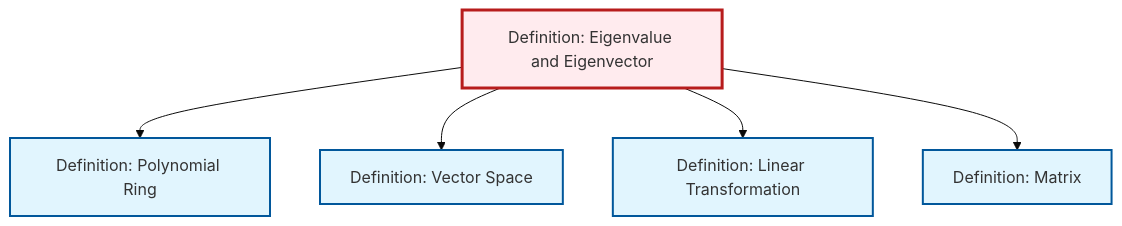
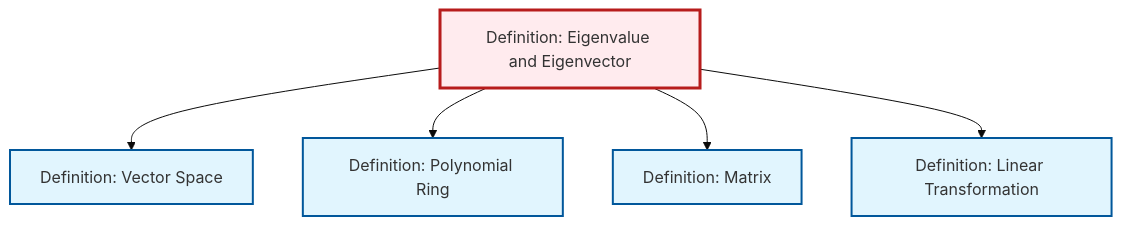
Before and after one commit to RK0429/ModernMath: the diagram in content/en/algebra/def-eigenvalue-eigenvector.qmd, drawn with Mermaid (base theme). The commit also changed other lines of this file and 615 other files, not shown here.

````diff
--- a/content/en/algebra/def-eigenvalue-eigenvector.qmd
+++ b/content/en/algebra/def-eigenvalue-eigenvector.qmd
@@ -73,23 +73,23 @@
 ```{mermaid}
 %%| fig-cap: "Local dependency graph"
 graph TD
     classDef definition fill:#e1f5fe,stroke:#01579b,stroke-width:2px
     classDef theorem fill:#f3e5f5,stroke:#4a148c,stroke-width:2px
     classDef axiom fill:#fff3e0,stroke:#e65100,stroke-width:2px
     classDef example fill:#e8f5e9,stroke:#1b5e20,stroke-width:2px
     classDef current fill:#ffebee,stroke:#b71c1c,stroke-width:3px
     def-polynomial-ring["Definition: Polynomial Ring"]:::definition
     def-linear-transformation["Definition: Linear Transformation"]:::definition
-    def-vector-space["Definition: Vector Space"]:::definition
     def-matrix["Definition: Matrix"]:::definition
     def-eigenvalue-eigenvector["Definition: Eigenvalue and Eigenvector"]:::definition
+    def-vector-space["Definition: Vector Space"]:::definition
+    def-eigenvalue-eigenvector --> def-vector-space
     def-eigenvalue-eigenvector --> def-polynomial-ring
-    def-eigenvalue-eigenvector --> def-vector-space
+    def-eigenvalue-eigenvector --> def-matrix
     def-eigenvalue-eigenvector --> def-linear-transformation
-    def-eigenvalue-eigenvector --> def-matrix
     class def-eigenvalue-eigenvector current
     click def-polynomial-ring "def-polynomial-ring.html" "Go to Polynomial Ring definition"
     click def-linear-transformation "def-linear-transformation.html" "Go to Linear Transformation definition"
+    click def-matrix "def-matrix.html" "Go to Matrix definition"
     click def-vector-space "def-vector-space.html" "Go to Vector Space definition"
-    click def-matrix "def-matrix.html" "Go to Matrix definition"
 ```
````
